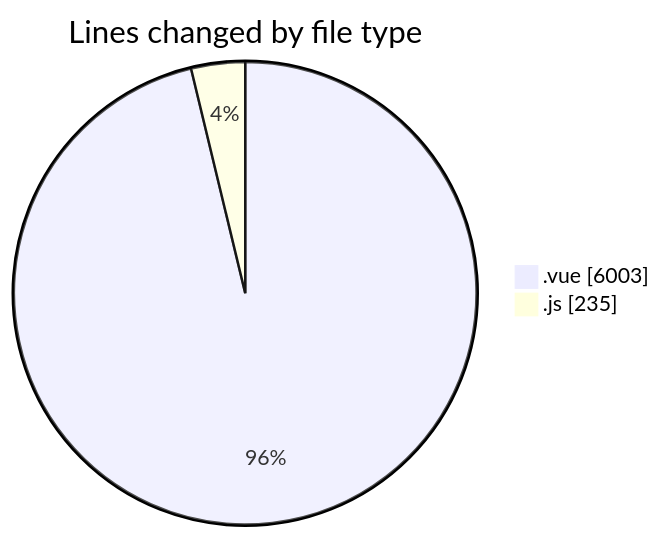
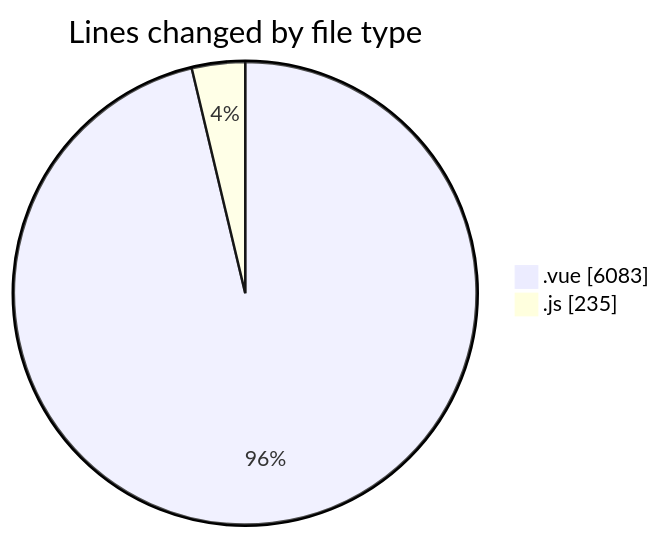
Before and after one commit to lephambinh05/code-tracking: the first of 2 diagrams in 2025-08-13/rentotp/README.md, drawn with Mermaid. The commit also changed other lines of this file and 1 other file, not shown here.

````diff
--- a/2025-08-13/rentotp/README.md
+++ b/2025-08-13/rentotp/README.md
@@ -30,6 +30,6 @@
 ```mermaid
 pie showData
 title Lines changed by file type
-".vue" : 6003
+".vue" : 6083
 ".js" : 235
 ```
````
